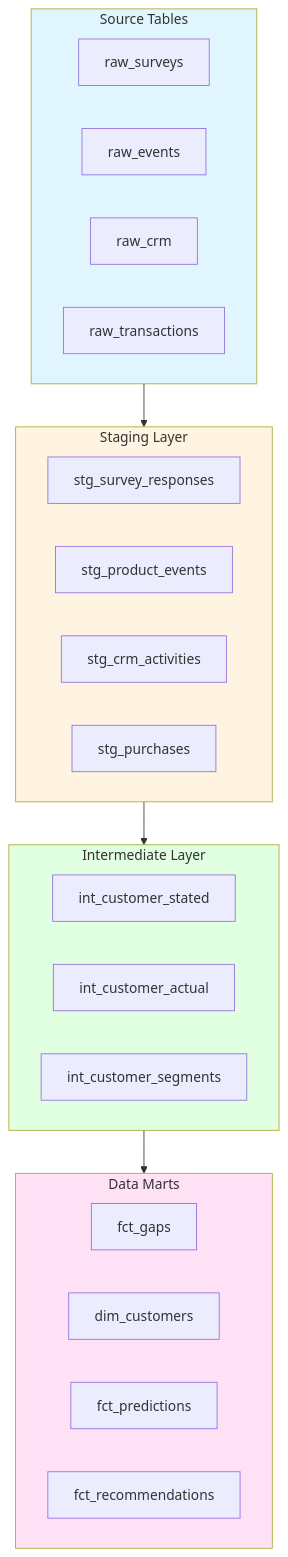
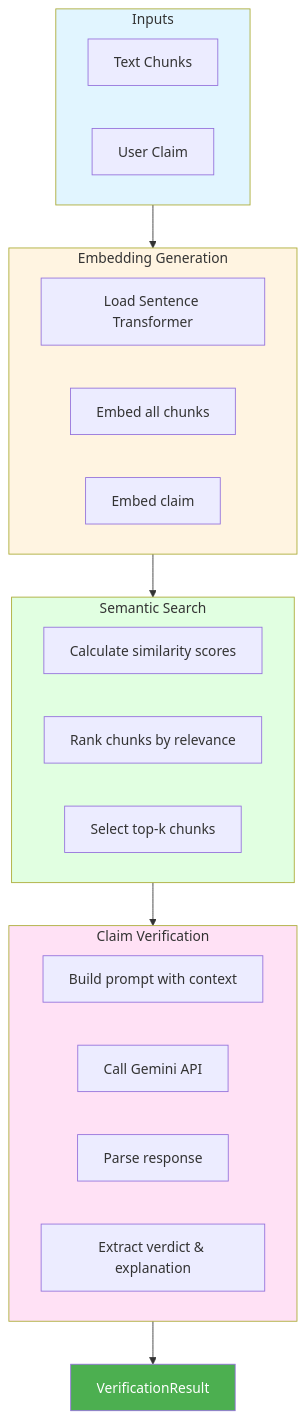
Before and after one commit to Krish-Om/contradiction-detection-system: the fifth of 8 diagrams in docs/02_technical_architecture.md, drawn with Mermaid. The commit also changed other lines of this file and 5 other files, not shown here.

````diff
--- a/docs/02_technical_architecture.md
+++ b/docs/02_technical_architecture.md
@@ -548,38 +424,36 @@
 ```mermaid
-graph TB
-    subgraph Sources["Source Tables"]
-        S1[raw_surveys]
-        S2[raw_events]
-        S3[raw_crm]
-        S4[raw_transactions]
+flowchart TD
+    subgraph Input["Inputs"]
+        I1[Text Chunks]
+        I2[User Claim]
     end
-    
-    subgraph Staging["Staging Layer"]
-        ST1[stg_survey_responses]
-        ST2[stg_product_events]
-        ST3[stg_crm_activities]
-        ST4[stg_purchases]
+
+    subgraph Embeddings["Embedding Generation"]
+        E1[Load Sentence Transformer]
+        E2[Embed all chunks]
+        E3[Embed claim]
     end
-    
-    subgraph Intermediate["Intermediate Layer"]
-        I1[int_customer_stated]
-        I2[int_customer_actual]
-        I3[int_customer_segments]
+
+    subgraph Search["Semantic Search"]
+        S1[Calculate similarity scores]
+        S2[Rank chunks by relevance]
+        S3[Select top-k chunks]
     end
-    
-    subgraph Marts["Data Marts"]
-        M1[fct_gaps]
-        M2[dim_customers]
-        M3[fct_predictions]
-        M4[fct_recommendations]
+
+    subgraph Verification["Claim Verification"]
+        V1[Build prompt with context]
+        V2[Call Gemini API]
+        V3[Parse response]
+        V4[Extract verdict & explanation]
     end
-    
-    Sources --> Staging
-    Staging --> Intermediate
-    Intermediate --> Marts
-    
-    style Sources fill:#e1f5ff
-    style Staging fill:#fff4e1
-    style Intermediate fill:#e1ffe1
-    style Marts fill:#ffe1f5
+
+    Input --> Embeddings --> Search --> Verification
+
+    Verification --> Output[VerificationResult]
+
+    style Input fill:#e1f5ff
+    style Embeddings fill:#fff4e1
+    style Search fill:#e1ffe1
+    style Verification fill:#ffe1f5
+    style Output fill:#4caf50,color:#fff
 ```
````
